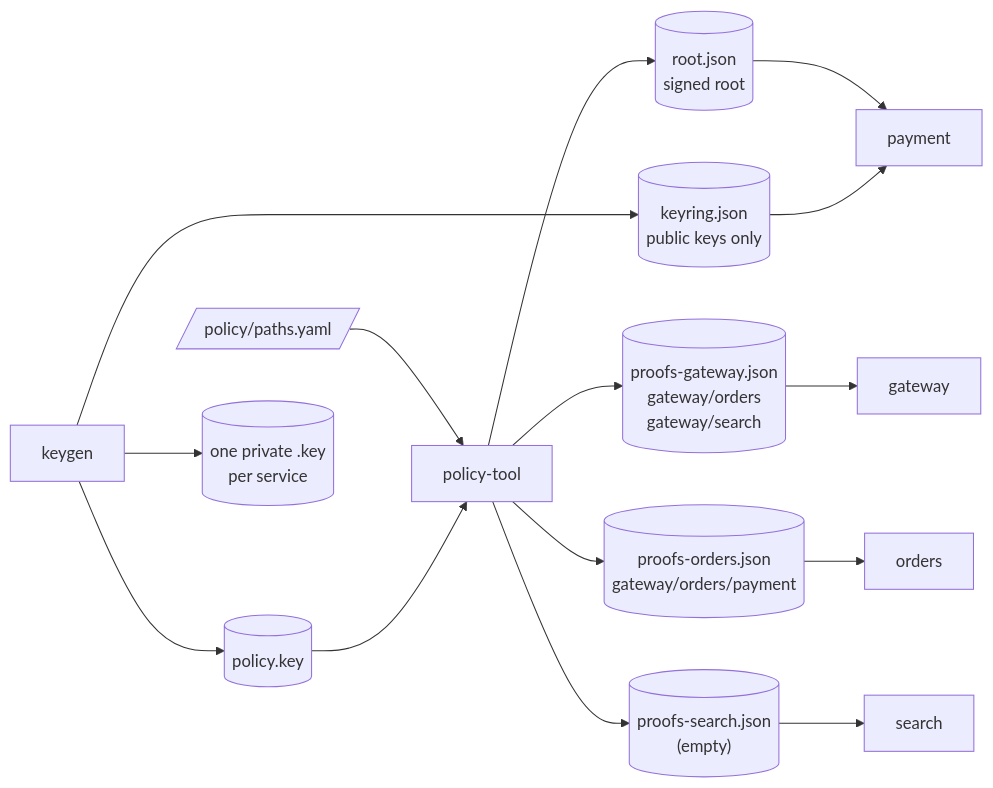
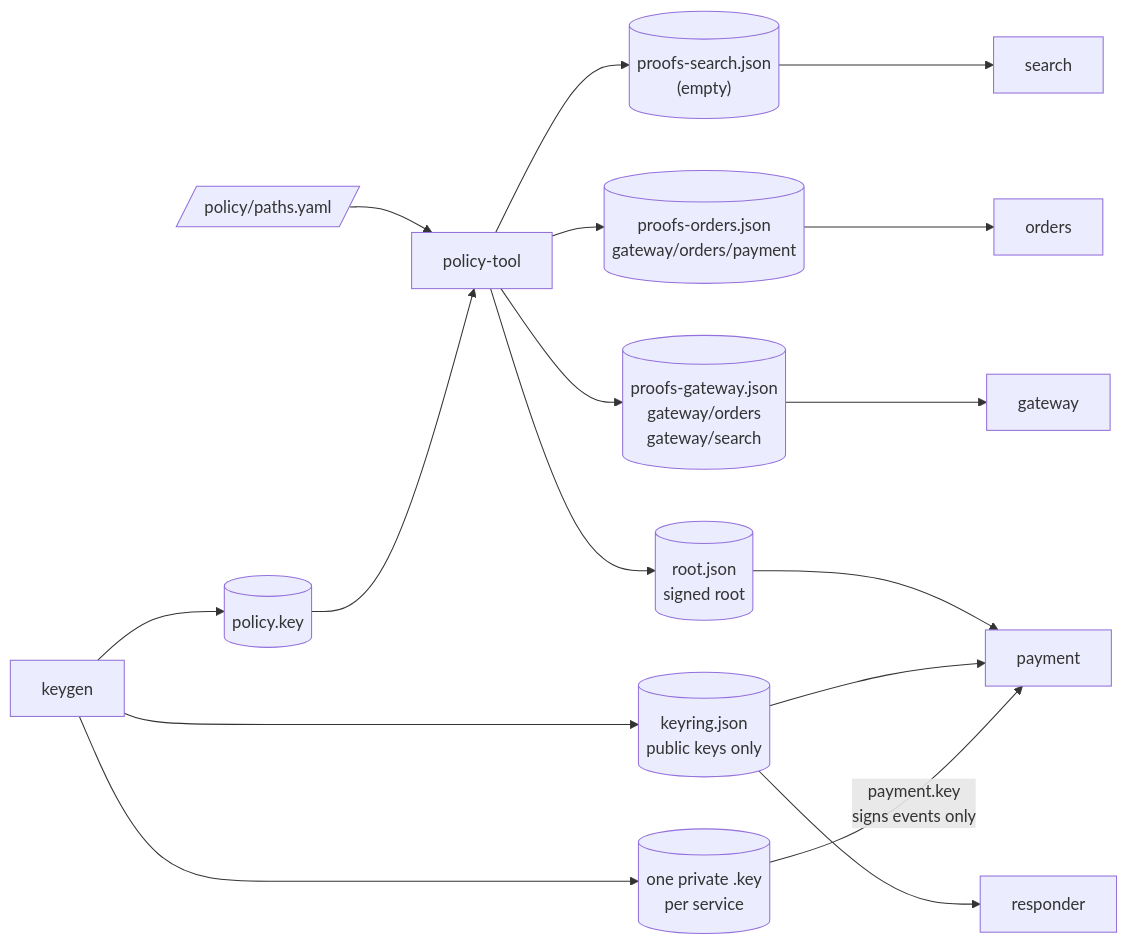
Before and after one commit to dumbsly/paztport: the fifth of 8 diagrams in README.md, drawn with Mermaid. The commit also changed other lines of this file and 4 other files, not shown here.

First line of the commit message:
fix(docs): least-knowledge diagram, Verifier Javadoc and config table match the code

````diff
--- a/README.md
+++ b/README.md
@@ -379,19 +379,21 @@
 ```mermaid
 flowchart LR
     paths[/"policy/paths.yaml"/] --> pt["policy-tool"]
     kg["keygen"] --> polkey[("policy.key")]
     polkey --> pt
     kg --> keyring[("keyring.json<br/>public keys only")]
     kg --> privkeys[("one private .key<br/>per service")]
 
     pt --> root[("root.json<br/>signed root")]
     pt --> bg[("proofs-gateway.json<br/>gateway/orders<br/>gateway/search")]
     pt --> bo[("proofs-orders.json<br/>gateway/orders/payment")]
     pt --> bs[("proofs-search.json<br/>(empty)")]
 
     root --> payment["payment"]
     keyring --> payment
+    privkeys -->|"payment.key<br/>signs events only"| payment
+    keyring --> responder["responder"]
     bg --> gateway["gateway"]
     bo --> orders["orders"]
     bs --> search["search"]
 ```
````
